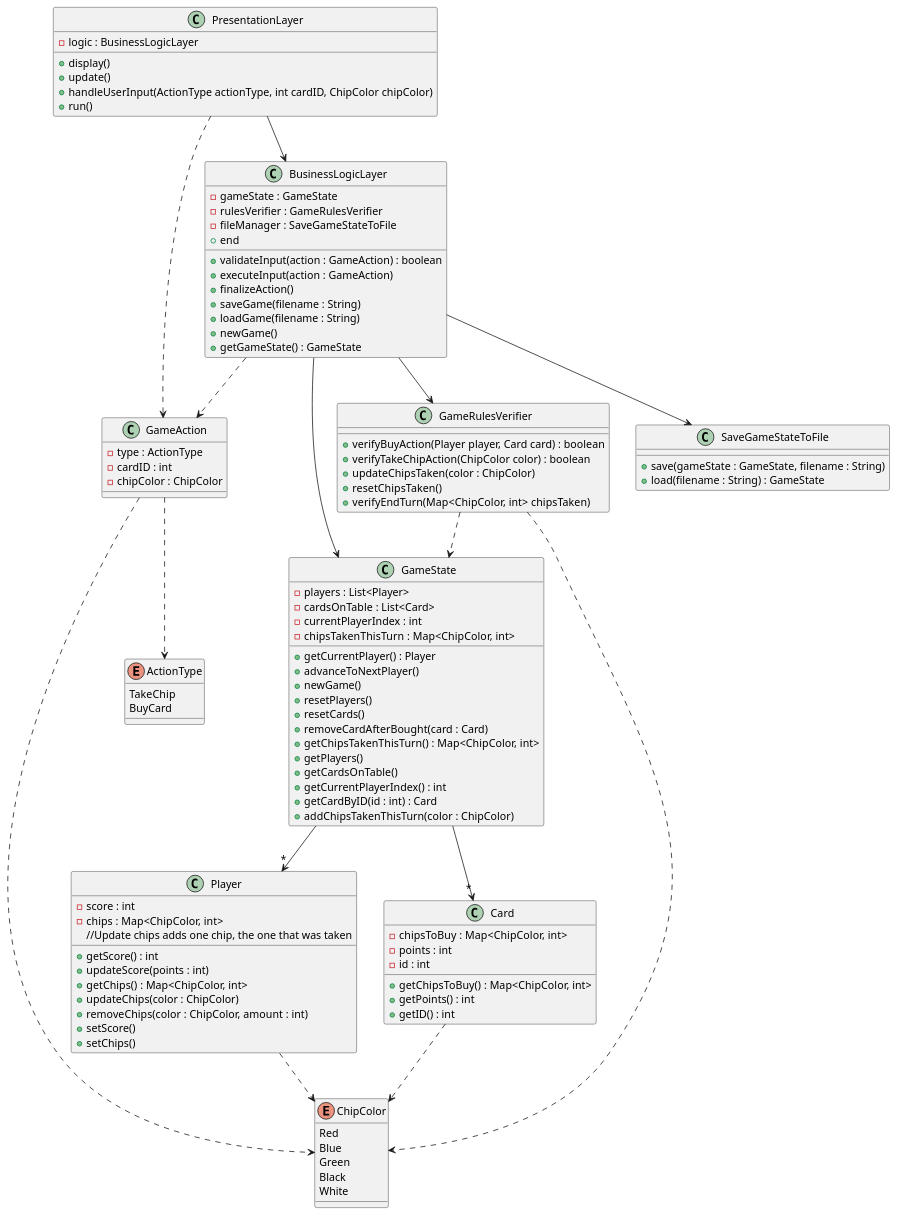
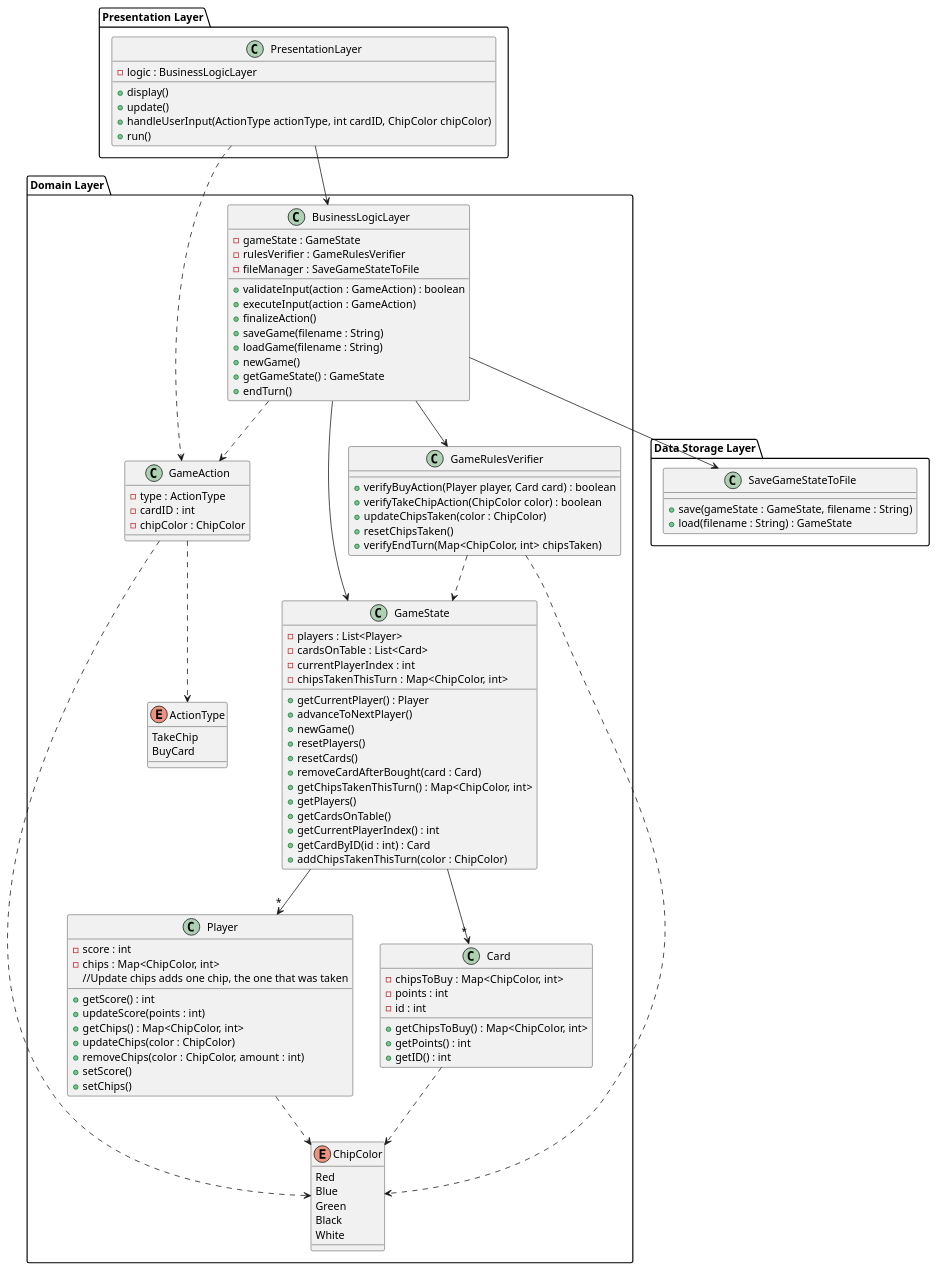
The diagram in Design.puml (rhit-ciminodj/MiniSplendor), drawn with PlantUML before and after one commit.

Commit message:
Specified data layers in puml

```diff
--- a/Design.puml
+++ b/Design.puml
@@ -1,115 +1,120 @@
 @startuml Design
 
-class PresentationLayer {
-    -logic : BusinessLogicLayer
-    +display()
-    +update()
-    +handleUserInput(ActionType actionType, int cardID, ChipColor chipColor)
-    +run()
+package "Presentation Layer" {
+    class PresentationLayer {
+        -logic : BusinessLogicLayer
+        +display()
+        +update()
+        +handleUserInput(ActionType actionType, int cardID, ChipColor chipColor)
+        +run()
+    }
 }
 
-enum ChipColor {
-    Red
-    Blue
-    Green
-    Black
-    White
+package "Domain Layer" {
+    enum ChipColor {
+        Red
+        Blue
+        Green
+        Black
+        White
+    }
+
+    enum ActionType {
+        TakeChip
+        BuyCard
+    }
+
+    class GameAction {
+        -type : ActionType
+        -cardID : int
+        -chipColor : ChipColor
+    }
+
+    class Player {
+        -score : int
+        -chips : Map<ChipColor, int>
+        +getScore() : int
+        +updateScore(points : int)
+        +getChips() : Map<ChipColor, int>
+        +updateChips(color : ChipColor)
+        //Update chips adds one chip, the one that was taken
+        +removeChips(color : ChipColor, amount : int)
+        +setScore()
+        +setChips()
+    }
+
+    class Card {
+        -chipsToBuy : Map<ChipColor, int>
+        -points : int
+        -id : int
+        +getChipsToBuy() : Map<ChipColor, int>
+        +getPoints() : int
+        +getID() : int
+    }
+
+    class GameState {
+        -players : List<Player>
+        -cardsOnTable : List<Card>
+        -currentPlayerIndex : int
+        -chipsTakenThisTurn : Map<ChipColor, int>
+        +getCurrentPlayer() : Player
+        +advanceToNextPlayer()
+        +newGame()
+        +resetPlayers()
+        +resetCards()
+        +removeCardAfterBought(card : Card)
+        +getChipsTakenThisTurn() : Map<ChipColor, int>
+        +getPlayers()
+        +getCardsOnTable()
+        +getCurrentPlayerIndex() : int
+        +getCardByID(id : int) : Card
+        +addChipsTakenThisTurn(color : ChipColor)
+    }
+
+    class BusinessLogicLayer {
+        -gameState : GameState
+        -rulesVerifier : GameRulesVerifier
+        -fileManager : SaveGameStateToFile
+        +validateInput(action : GameAction) : boolean
+        +executeInput(action : GameAction)
+        +finalizeAction()
+        +saveGame(filename : String)
+        +loadGame(filename : String)
+        +newGame()
+        +getGameState() : GameState
+        +endTurn()
+    }
+
+    class GameRulesVerifier {
+        +verifyBuyAction(Player player, Card card) : boolean
+        +verifyTakeChipAction(ChipColor color) : boolean
+        +updateChipsTaken(color : ChipColor)
+        +resetChipsTaken()
+        +verifyEndTurn(Map<ChipColor, int> chipsTaken)
+    }
 }
 
-enum ActionType {
-    TakeChip
-    BuyCard
-}
-
-class GameAction {
-    -type : ActionType
-    -cardID : int
-    -chipColor : ChipColor
-}
-
-class Player {
-    -score : int
-    -chips : Map<ChipColor, int>
-    +getScore() : int
-    +updateScore(points : int)
-    +getChips() : Map<ChipColor, int>
-    +updateChips(color : ChipColor)
-    //Update chips adds one chip, the one that was taken
-    +removeChips(color : ChipColor, amount : int)
-    +setScore()
-    +setChips()
-}
-
-class Card {
-    -chipsToBuy : Map<ChipColor, int>
-    -points : int
-    -id : int
-    +getChipsToBuy() : Map<ChipColor, int>
-    +getPoints() : int
-    +getID() : int
-}
-
-class GameState {
-    -players : List<Player>
-    -cardsOnTable : List<Card>
-    -currentPlayerIndex : int
-    -chipsTakenThisTurn : Map<ChipColor, int>
-    +getCurrentPlayer() : Player
-    +advanceToNextPlayer()
-    +newGame()
-    +resetPlayers()
-    +resetCards()
-    +removeCardAfterBought(card : Card)
-    +getChipsTakenThisTurn() : Map<ChipColor, int>
-    +getPlayers()
-    +getCardsOnTable()
-    +getCurrentPlayerIndex() : int
-    +getCardByID(id : int) : Card
-    +addChipsTakenThisTurn(color : ChipColor)
-}
-
-class BusinessLogicLayer {
-    -gameState : GameState
-    -rulesVerifier : GameRulesVerifier
-    -fileManager : SaveGameStateToFile
-    +validateInput(action : GameAction) : boolean
-    +executeInput(action : GameAction)
-    +finalizeAction()
-    +saveGame(filename : String)
-    +loadGame(filename : String)
-    +newGame()
-    +getGameState() : GameState
-    +end
-}
-
-class GameRulesVerifier {
-    +verifyBuyAction(Player player, Card card) : boolean
-    +verifyTakeChipAction(ChipColor color) : boolean
-    +updateChipsTaken(color : ChipColor)
-    +resetChipsTaken()
-    +verifyEndTurn(Map<ChipColor, int> chipsTaken)
-}
-
-class SaveGameStateToFile {
-    +save(gameState : GameState, filename : String)
-    +load(filename : String) : GameState
+package "Data Storage Layer" {
+    class SaveGameStateToFile {
+        +save(gameState : GameState, filename : String)
+        +load(filename : String) : GameState
+    }
 }
 
 PresentationLayer --> BusinessLogicLayer
 BusinessLogicLayer --> GameState
 BusinessLogicLayer --> GameRulesVerifier
 GameState --> "*" Player
 GameState --> "*" Card
 BusinessLogicLayer -Down-> SaveGameStateToFile
 
 Player ..> ChipColor
 Card ..> ChipColor
 GameRulesVerifier ..> ChipColor
 GameAction ..> ActionType
 GameAction ..> ChipColor
 BusinessLogicLayer ..> GameAction
 PresentationLayer ..> GameAction
 GameRulesVerifier ..> GameState
 
-
 @enduml
```
